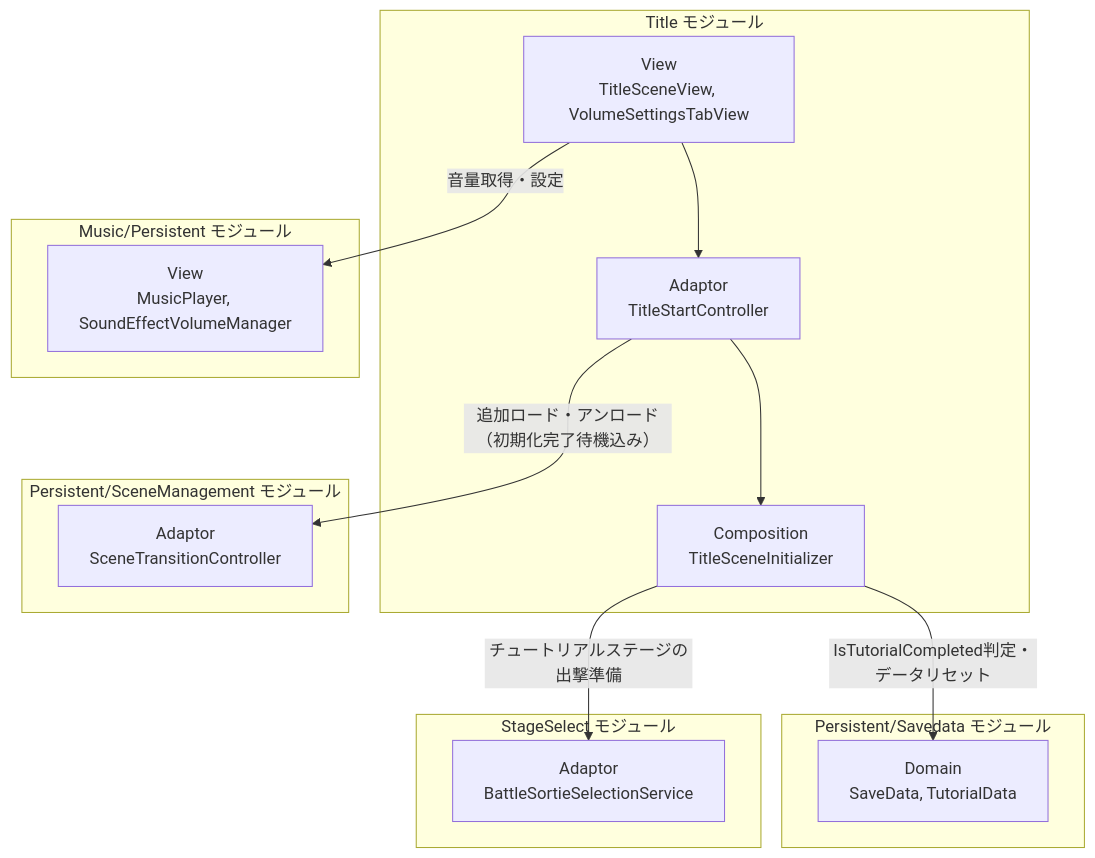
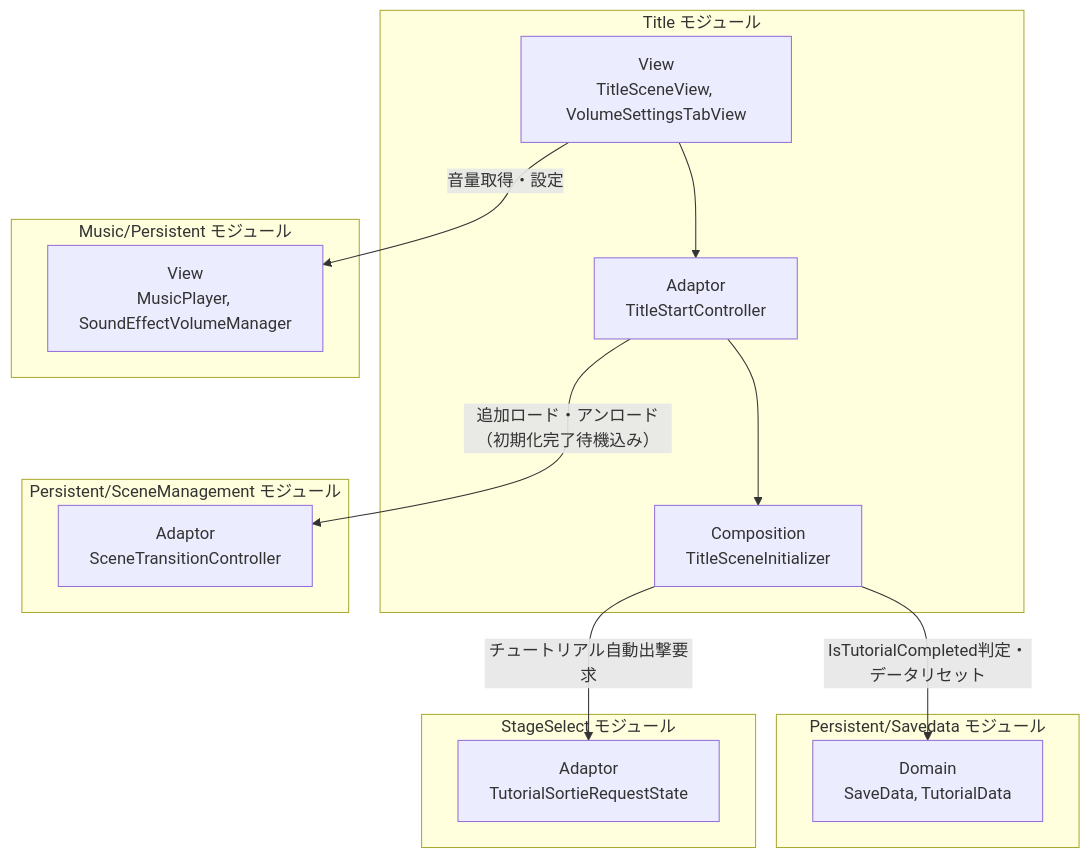
Before and after one commit to HIBIKI5201/SymphonyKillChord: the first of 3 diagrams in Assets/Docs/ScriptsDocs/Modules/NotionModuleDocs/Title.md, drawn with Mermaid. The commit also changed other lines of this file and 2383 other files, not shown here.

````diff
--- a/Assets/Docs/ScriptsDocs/Modules/NotionModuleDocs/Title.md
+++ b/Assets/Docs/ScriptsDocs/Modules/NotionModuleDocs/Title.md
@@ -42,33 +42,33 @@
 ```mermaid
 graph TD
     %% 定義 (接続のないレイヤーは省略)
     subgraph TitleModule [Title モジュール]
         T_Adaptor["Adaptor<br>TitleStartController"]
         T_View["View<br>TitleSceneView, VolumeSettingsTabView"]
         T_Composition["Composition<br>TitleSceneInitializer"]
         T_View --> T_Adaptor
         T_Adaptor --> T_Composition
     end
 
     subgraph SavedataModule [Persistent/Savedata モジュール]
         SD_Domain["Domain<br>SaveData, TutorialData"]
     end
 
     subgraph MusicModule [Music/Persistent モジュール]
         M_View["View<br>MusicPlayer, SoundEffectVolumeManager"]
     end
 
     subgraph SceneManagementModule [Persistent/SceneManagement モジュール]
         SM_Adaptor["Adaptor<br>SceneTransitionController"]
     end
 
     subgraph StageSelectModule [StageSelect モジュール]
-        SS_Adaptor["Adaptor<br>BattleSortieSelectionService"]
+        SS_Adaptor["Adaptor<br>TutorialSortieRequestState"]
     end
 
     %% 依存関係
     T_Composition -->|"IsTutorialCompleted判定・データリセット"| SD_Domain
     T_View -->|"音量取得・設定"| M_View
     T_Adaptor -->|"追加ロード・アンロード（初期化完了待機込み）"| SM_Adaptor
-    T_Composition -->|"チュートリアルステージの出撃準備"| SS_Adaptor
+    T_Composition -->|"チュートリアル自動出撃要求"| SS_Adaptor
 ```
````
